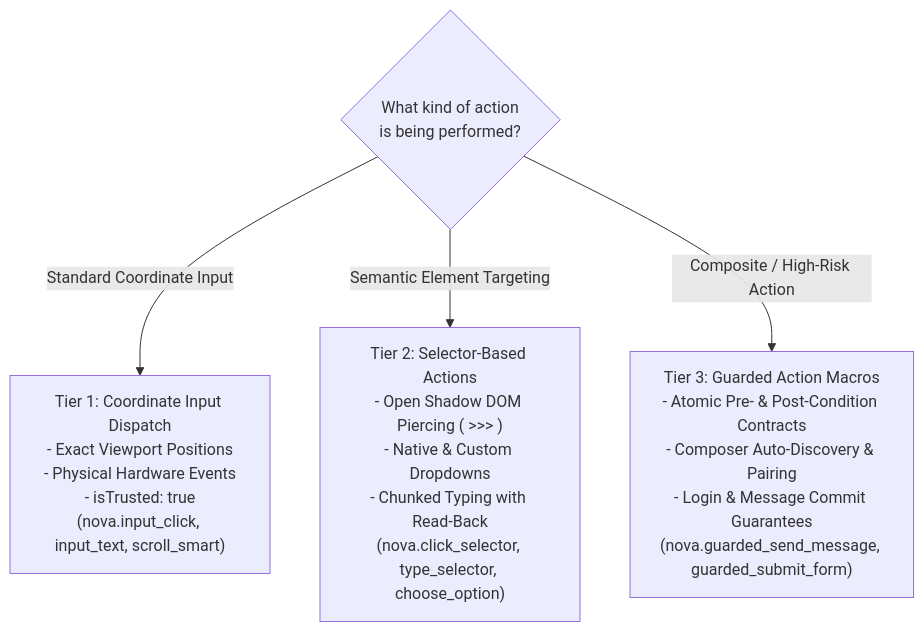
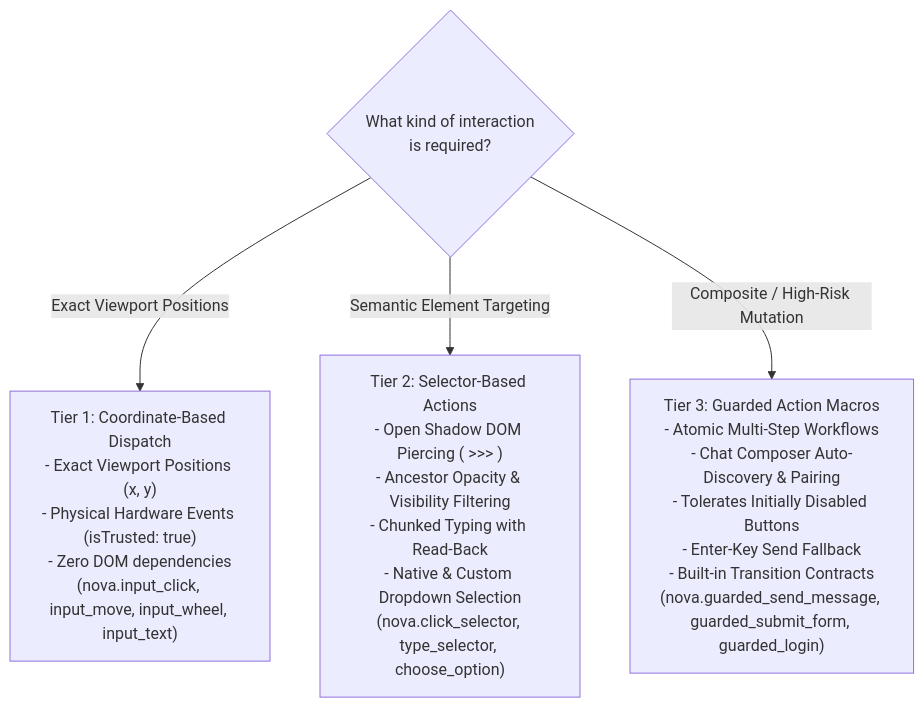
One commit to joelaniol/nova changed the second of 4 diagrams in docs/core-features/browser-interaction/README.md. Above: the diagram before and after it, drawn with Mermaid. The commit also changed other lines of this file and 6 other files, not shown here.

Commit message:
docs(browser-interaction): expand architectural reference with input dispatch, drag polyfill, and guarded macros

````diff
--- a/docs/core-features/browser-interaction/README.md
+++ b/docs/core-features/browser-interaction/README.md
@@ -75,10 +76,10 @@
 ```mermaid
 graph TD
-    Decision{"What kind of action\nis being performed?"}
+    Decision{"What kind of interaction\nis required?"}
 
-    Decision -->|Standard Coordinate Input| LowLevel["Tier 1: Coordinate Input Dispatch\n- Exact Viewport Positions\n- Physical Hardware Events\n- isTrusted: true\n(nova.input_click, input_text, scroll_smart)"]
+    Decision -->|Exact Viewport Positions| LowLevel["Tier 1: Coordinate-Based Dispatch\n- Exact Viewport Positions (x, y)\n- Physical Hardware Events (isTrusted: true)\n- Zero DOM dependencies\n(nova.input_click, input_move, input_wheel, input_text)"]
 
-    Decision -->|Semantic Element Targeting| ElementLevel["Tier 2: Selector-Based Actions\n- Open Shadow DOM Piercing ( >>> )\n- Native & Custom Dropdowns\n- Chunked Typing with Read-Back\n(nova.click_selector, type_selector, choose_option)"]
+    Decision -->|Semantic Element Targeting| ElementLevel["Tier 2: Selector-Based Actions\n- Open Shadow DOM Piercing ( >>> )\n- Ancestor Opacity & Visibility Filtering\n- Chunked Typing with Read-Back\n- Native & Custom Dropdown Selection\n(nova.click_selector, type_selector, choose_option)"]
 
-    Decision -->|Composite / High-Risk Action| GuardedLevel["Tier 3: Guarded Action Macros\n- Atomic Pre- & Post-Condition Contracts\n- Composer Auto-Discovery & Pairing\n- Login & Message Commit Guarantees\n(nova.guarded_send_message, guarded_submit_form)"]
+    Decision -->|Composite / High-Risk Mutation| GuardedLevel["Tier 3: Guarded Action Macros\n- Atomic Multi-Step Workflows\n- Chat Composer Auto-Discovery & Pairing\n- Tolerates Initially Disabled Buttons\n- Enter-Key Send Fallback\n- Built-in Transition Contracts\n(nova.guarded_send_message, guarded_submit_form, guarded_login)"]
 ```
````
